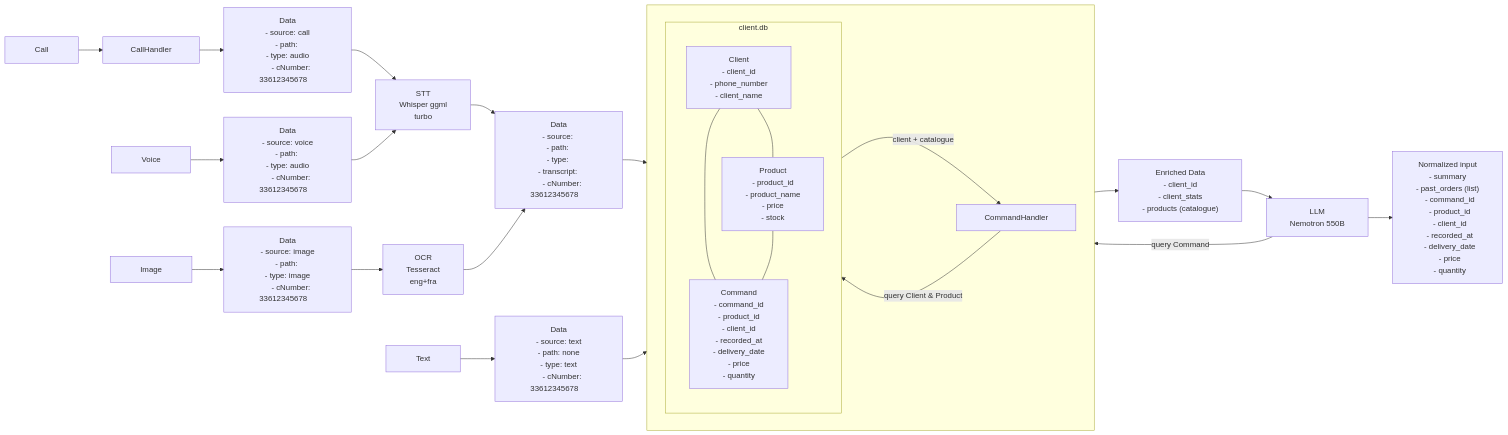
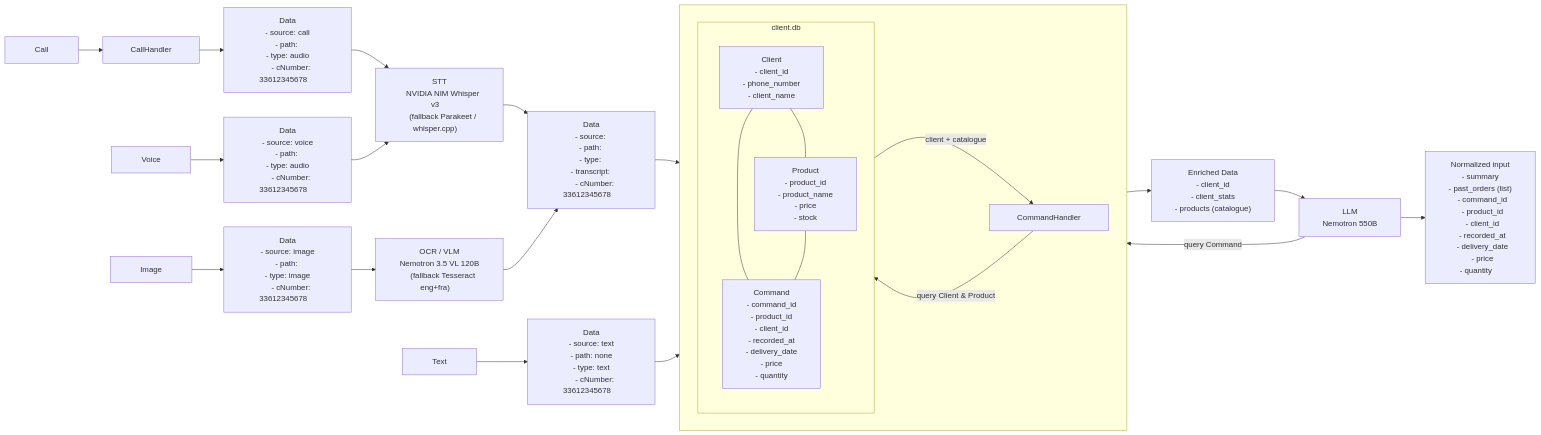
One commit to KpihX/stock-ai changed the diagram in ARCHITECTURE.md. Above: the diagram before and after it, drawn with Mermaid. The commit also changed other lines of this file and 15 other files, not shown here.

````diff
--- a/ARCHITECTURE.md
+++ b/ARCHITECTURE.md
@@ -5,46 +5,46 @@
 ```mermaid
 flowchart LR
     Call["&nbsp;&nbsp;&nbsp;&nbsp;&nbsp;&nbsp;&nbsp;Call&nbsp;&nbsp;&nbsp;&nbsp;&nbsp;&nbsp;&nbsp;"]
     Voice["&nbsp;&nbsp;&nbsp;&nbsp;&nbsp;&nbsp;&nbsp;Voice&nbsp;&nbsp;&nbsp;&nbsp;&nbsp;&nbsp;&nbsp;"]
     Image["&nbsp;&nbsp;&nbsp;&nbsp;&nbsp;&nbsp;&nbsp;Image&nbsp;&nbsp;&nbsp;&nbsp;&nbsp;&nbsp;&nbsp;"]
     Text["&nbsp;&nbsp;&nbsp;&nbsp;&nbsp;&nbsp;&nbsp;Text&nbsp;&nbsp;&nbsp;&nbsp;&nbsp;&nbsp;&nbsp;"]
 
     Call --> CH["&nbsp;&nbsp;&nbsp;&nbsp;&nbsp;&nbsp;CallHandler&nbsp;&nbsp;&nbsp;&nbsp;&nbsp;&nbsp;"]
 
     CH --> CD["&nbsp;&nbsp;&nbsp;&nbsp;Data&nbsp;&nbsp;&nbsp;&nbsp;<br/>&nbsp;&nbsp;&nbsp;&nbsp;- source: call&nbsp;&nbsp;&nbsp;&nbsp;<br/>&nbsp;&nbsp;&nbsp;&nbsp;- path: &nbsp;&nbsp;&nbsp;&nbsp;<br/>&nbsp;&nbsp;&nbsp;&nbsp;- type: audio&nbsp;&nbsp;&nbsp;&nbsp;<br/>&nbsp;&nbsp;&nbsp;&nbsp;- cNumber: 33612345678&nbsp;&nbsp;&nbsp;&nbsp;"]
     Voice --> VD["&nbsp;&nbsp;&nbsp;&nbsp;Data&nbsp;&nbsp;&nbsp;&nbsp;<br/>&nbsp;&nbsp;&nbsp;&nbsp;- source: voice&nbsp;&nbsp;&nbsp;&nbsp;<br/>&nbsp;&nbsp;&nbsp;&nbsp;- path: &nbsp;&nbsp;&nbsp;&nbsp;<br/>&nbsp;&nbsp;&nbsp;&nbsp;- type: audio&nbsp;&nbsp;&nbsp;&nbsp;<br/>&nbsp;&nbsp;&nbsp;&nbsp;- cNumber: 33612345678&nbsp;&nbsp;&nbsp;&nbsp;"]
     Image --> ID["&nbsp;&nbsp;&nbsp;&nbsp;Data&nbsp;&nbsp;&nbsp;&nbsp;<br/>&nbsp;&nbsp;&nbsp;&nbsp;- source: image&nbsp;&nbsp;&nbsp;&nbsp;<br/>&nbsp;&nbsp;&nbsp;&nbsp;- path: &nbsp;&nbsp;&nbsp;&nbsp;<br/>&nbsp;&nbsp;&nbsp;&nbsp;- type: image&nbsp;&nbsp;&nbsp;&nbsp;<br/>&nbsp;&nbsp;&nbsp;&nbsp;- cNumber: 33612345678&nbsp;&nbsp;&nbsp;&nbsp;"]
     Text --> TD["&nbsp;&nbsp;&nbsp;&nbsp;Data&nbsp;&nbsp;&nbsp;&nbsp;<br/>&nbsp;&nbsp;&nbsp;&nbsp;- source: text&nbsp;&nbsp;&nbsp;&nbsp;<br/>&nbsp;&nbsp;&nbsp;&nbsp;- path: none&nbsp;&nbsp;&nbsp;&nbsp;<br/>&nbsp;&nbsp;&nbsp;&nbsp;- type: text&nbsp;&nbsp;&nbsp;&nbsp;<br/>&nbsp;&nbsp;&nbsp;&nbsp;- cNumber: 33612345678&nbsp;&nbsp;&nbsp;&nbsp;"]
 
-    CD --> STT["&nbsp;&nbsp;&nbsp;&nbsp;STT&nbsp;&nbsp;&nbsp;&nbsp;<br/>&nbsp;&nbsp;&nbsp;&nbsp;Whisper ggml&nbsp;&nbsp;&nbsp;&nbsp;<br/>&nbsp;&nbsp;&nbsp;&nbsp;turbo&nbsp;&nbsp;&nbsp;&nbsp;"]
+    CD --> STT["&nbsp;&nbsp;&nbsp;&nbsp;STT&nbsp;&nbsp;&nbsp;&nbsp;<br/>&nbsp;&nbsp;&nbsp;&nbsp;NVIDIA NIM Whisper v3&nbsp;&nbsp;&nbsp;&nbsp;<br/>&nbsp;&nbsp;&nbsp;&nbsp;(fallback Parakeet / whisper.cpp)&nbsp;&nbsp;&nbsp;&nbsp;"]
     VD --> STT
-    ID --> OCR["&nbsp;&nbsp;&nbsp;&nbsp;OCR&nbsp;&nbsp;&nbsp;&nbsp;<br/>&nbsp;&nbsp;&nbsp;&nbsp;Tesseract&nbsp;&nbsp;&nbsp;&nbsp;<br/>&nbsp;&nbsp;&nbsp;&nbsp;eng+fra&nbsp;&nbsp;&nbsp;&nbsp;"]
+    ID --> OCR["&nbsp;&nbsp;&nbsp;&nbsp;OCR / VLM&nbsp;&nbsp;&nbsp;&nbsp;<br/>&nbsp;&nbsp;&nbsp;&nbsp;Nemotron 3.5 VL 120B&nbsp;&nbsp;&nbsp;&nbsp;<br/>&nbsp;&nbsp;&nbsp;&nbsp;(fallback Tesseract eng+fra)&nbsp;&nbsp;&nbsp;&nbsp;"]
 
     STT --> TR["&nbsp;&nbsp;&nbsp;&nbsp;Data&nbsp;&nbsp;&nbsp;&nbsp;<br/>&nbsp;&nbsp;&nbsp;&nbsp;- source: &nbsp;&nbsp;&nbsp;&nbsp;<br/>&nbsp;&nbsp;&nbsp;&nbsp;- path: &nbsp;&nbsp;&nbsp;&nbsp;<br/>&nbsp;&nbsp;&nbsp;&nbsp;- type: &nbsp;&nbsp;&nbsp;&nbsp;<br/>&nbsp;&nbsp;&nbsp;&nbsp;- transcript: &nbsp;&nbsp;&nbsp;&nbsp;<br/>&nbsp;&nbsp;&nbsp;&nbsp;- cNumber: 33612345678&nbsp;&nbsp;&nbsp;&nbsp;"]
     OCR --> TR
 
     subgraph DB["&nbsp;&nbsp;&nbsp;&nbsp;&nbsp;&nbsp;client.db&nbsp;&nbsp;&nbsp;&nbsp;&nbsp;&nbsp;"]
         direction TB
         T_CLIENT["&nbsp;&nbsp;&nbsp;&nbsp;Client&nbsp;&nbsp;&nbsp;&nbsp;<br/>&nbsp;&nbsp;&nbsp;&nbsp;- client_id&nbsp;&nbsp;&nbsp;&nbsp;<br/>&nbsp;&nbsp;&nbsp;&nbsp;- phone_number&nbsp;&nbsp;&nbsp;&nbsp;<br/>&nbsp;&nbsp;&nbsp;&nbsp;- client_name&nbsp;&nbsp;&nbsp;&nbsp;"]
         T_PRODUCT["&nbsp;&nbsp;&nbsp;&nbsp;Product&nbsp;&nbsp;&nbsp;&nbsp;<br/>&nbsp;&nbsp;&nbsp;&nbsp;- product_id&nbsp;&nbsp;&nbsp;&nbsp;<br/>&nbsp;&nbsp;&nbsp;&nbsp;- product_name&nbsp;&nbsp;&nbsp;&nbsp;<br/>&nbsp;&nbsp;&nbsp;&nbsp;- price&nbsp;&nbsp;&nbsp;&nbsp;<br/>&nbsp;&nbsp;&nbsp;&nbsp;- stock&nbsp;&nbsp;&nbsp;&nbsp;"]
         T_ORDER["&nbsp;&nbsp;&nbsp;&nbsp;Command&nbsp;&nbsp;&nbsp;&nbsp;<br/>&nbsp;&nbsp;&nbsp;&nbsp;- command_id&nbsp;&nbsp;&nbsp;&nbsp;<br/>&nbsp;&nbsp;&nbsp;&nbsp;- product_id&nbsp;&nbsp;&nbsp;&nbsp;<br/>&nbsp;&nbsp;&nbsp;&nbsp;- client_id&nbsp;&nbsp;&nbsp;&nbsp;<br/>&nbsp;&nbsp;&nbsp;&nbsp;- recorded_at&nbsp;&nbsp;&nbsp;&nbsp;<br/>&nbsp;&nbsp;&nbsp;&nbsp;- delivery_date&nbsp;&nbsp;&nbsp;&nbsp;<br/>&nbsp;&nbsp;&nbsp;&nbsp;- price&nbsp;&nbsp;&nbsp;&nbsp;<br/>&nbsp;&nbsp;&nbsp;&nbsp;- quantity&nbsp;&nbsp;&nbsp;&nbsp;"]
         T_CLIENT --- T_PRODUCT
         T_CLIENT --- T_ORDER
         T_PRODUCT --- T_ORDER
     end
 
     CMD["&nbsp;&nbsp;&nbsp;&nbsp;&nbsp;&nbsp;CommandHandler&nbsp;&nbsp;&nbsp;&nbsp;&nbsp;&nbsp;"]
     TR --> CMD
     TD --> CMD
 
     subgraph IO[" "]
         direction LR
         CMD -->|"query Client & Product"| DB
         DB -->|"client + catalogue"| CMD
     end
 
     CMD --> ENR["&nbsp;&nbsp;&nbsp;&nbsp;Enriched Data&nbsp;&nbsp;&nbsp;&nbsp;<br/>&nbsp;&nbsp;&nbsp;&nbsp;- client_id&nbsp;&nbsp;&nbsp;&nbsp;<br/>&nbsp;&nbsp;&nbsp;&nbsp;- client_stats&nbsp;&nbsp;&nbsp;&nbsp;<br/>&nbsp;&nbsp;&nbsp;&nbsp;- products (catalogue)&nbsp;&nbsp;&nbsp;&nbsp;"]
     ENR --> LLM["&nbsp;&nbsp;&nbsp;&nbsp;LLM&nbsp;&nbsp;&nbsp;&nbsp;<br/>&nbsp;&nbsp;&nbsp;&nbsp;Nemotron 550B&nbsp;&nbsp;&nbsp;&nbsp;"]
     LLM -->|"query Command"| DB
-    LLM --> NORM["&nbsp;&nbsp;&nbsp;&nbsp;Normalized input&nbsp;&nbsp;&nbsp;&nbsp;<br/>&nbsp;&nbsp;&nbsp;&nbsp;- summary&nbsp;&nbsp;&nbsp;&nbsp;<br/>&nbsp;&nbsp;&nbsp;&nbsp;- past_orders (list)&nbsp;&nbsp;&nbsp;&nbsp;<br/>&nbsp;&nbsp;&nbsp;&nbsp;&nbsp;&nbsp;- command_id&nbsp;&nbsp;&nbsp;&nbsp;<br/>&nbsp;&nbsp;&nbsp;&nbsp;&nbsp;&nbsp;- product_id&nbsp;&nbsp;&nbsp;&nbsp;<br/>&nbsp;&nbsp;&nbsp;&nbsp;&nbsp;&nbsp;- client_id&nbsp;&nbsp;&nbsp;&nbsp;<br/>&nbsp;&nbsp;&nbsp;&nbsp;&nbsp;&nbsp;- recorded_at&nbsp;&nbsp;&nbsp;&nbsp;<br/>&nbsp;&nbsp;&nbsp;&nbsp;&nbsp;&nbsp;- delivery_date&nbsp;&nbsp;&nbsp;&nbsp;<br/>&nbsp;&nbsp;&nbsp;&nbsp;&nbsp;&nbsp;- price&nbsp;&nbsp;&nbsp;&nbsp;<br/>&nbsp;&nbsp;&nbsp;&nbsp;&nbsp;&nbsp;- quantity&nbsp;&nbsp;&nbsp;&nbsp;"]
+    LLM --> NORM["&nbsp;&nbsp;&nbsp;&nbsp;Normalized input&nbsp;&nbsp;&nbsp;&nbsp;<br/>&nbsp;&nbsp;&nbsp;&nbsp;- summary&nbsp;&nbsp;&nbsp;&nbsp;<br/>&nbsp;&nbsp;&nbsp;&nbsp;- past_orders (list)&nbsp;&nbsp;&nbsp;&nbsp;<br/>&nbsp;&nbsp;&nbsp;&nbsp;&nbsp;&nbsp;- command_id&nbsp;&nbsp;&nbsp;&nbsp;<br/>&nbsp;&nbsp;&nbsp;&nbsp;&nbsp;&nbsp;- product_id&nbsp;&nbsp;&nbsp;&nbsp;<br/>&nbsp;&nbsp;&nbsp;&nbsp;&nbsp;&nbsp;- client_id&nbsp;&nbsp;&nbsp;&nbsp;<br/>&nbsp;&nbsp;&nbsp;&nbsp;&nbsp;&nbsp;- recorded_at&nbsp;&nbsp;&nbsp;&nbsp;<br/>&nbsp;&nbsp;&nbsp;&nbsp;&nbsp;&nbsp;- delivery_date&nbsp;&nbsp;&nbsp;&nbsp;<br/>&nbsp;&nbsp;&nbsp;&nbsp;&nbsp;&nbsp;- price&nbsp;&nbsp;&nbsp;&nbsp;<br/>      - quantity&nbsp;&nbsp;&nbsp;&nbsp;"]
 ```
````
